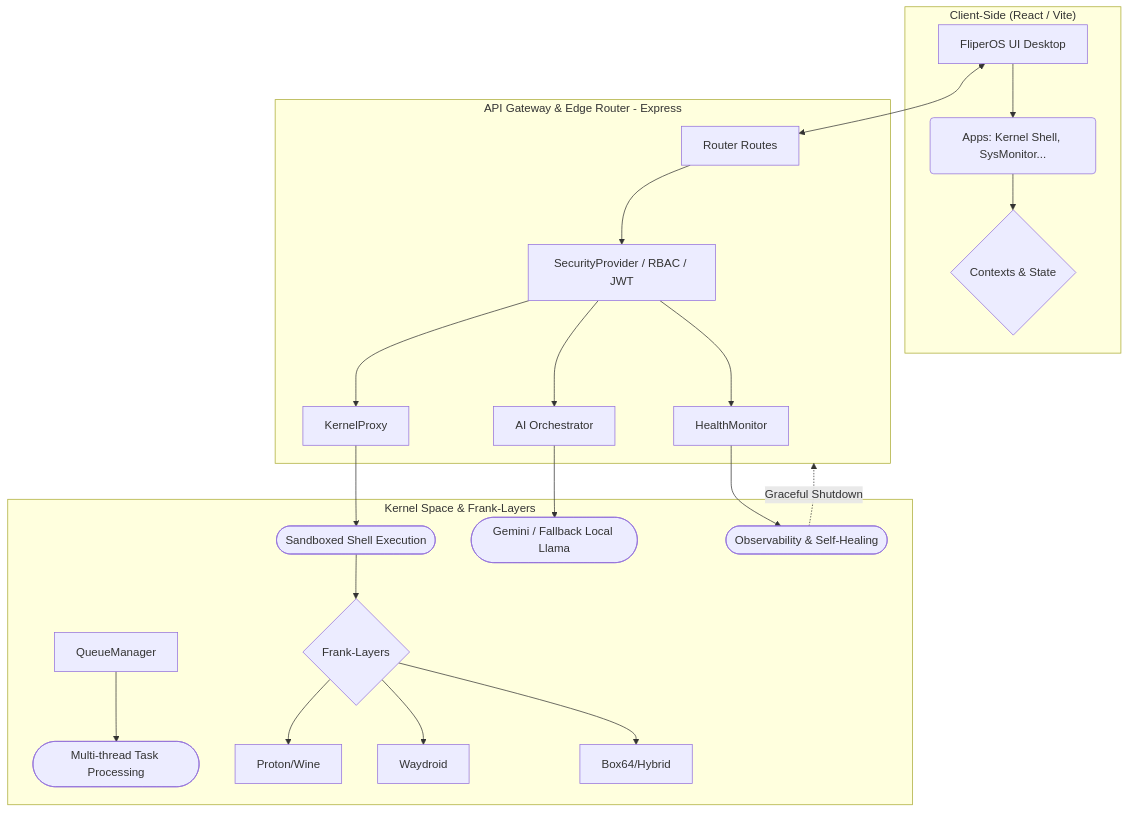
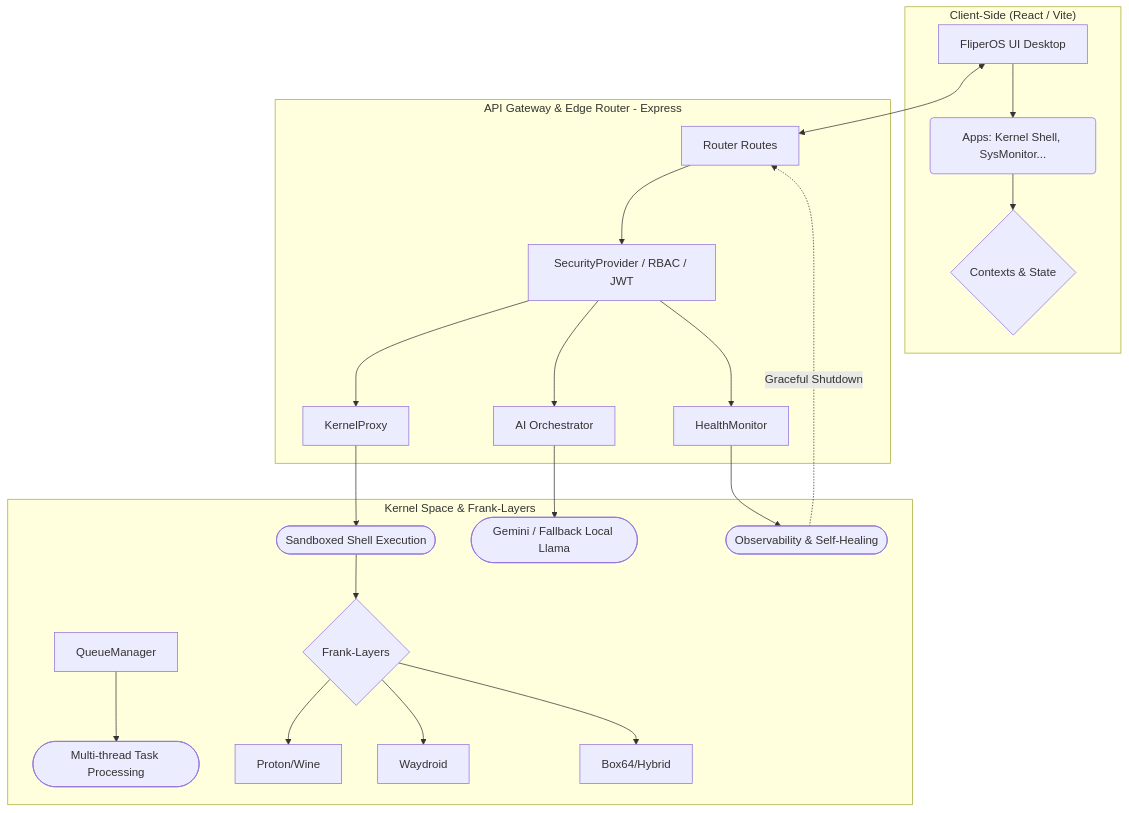
The diagram in README.md (wadbar/Fliper), drawn with Mermaid before and after one commit. The commit also changed 3 other files, not shown here.

````diff
--- a/README.md
+++ b/README.md
@@ -18,28 +18,28 @@
 ```mermaid
 graph TD
     subgraph UI ["Client-Side (React / Vite)"]
         A[FliperOS UI Desktop] --> B(Apps: Kernel Shell, SysMonitor...)
         B --> C{Contexts & State}
     end
 
     subgraph API ["API Gateway & Edge Router - Express"]
         D[Router Routes] --> E[SecurityProvider / RBAC / JWT]
         E --> F[KernelProxy]
         E --> G[HealthMonitor]
         E --> H[AI Orchestrator]
     end
 
     subgraph Core ["Kernel Space & Frank-Layers"]
         F --> I([Sandboxed Shell Execution])
         H --> J([Gemini / Fallback Local Llama])
         G --> K([Observability & Self-Healing])
         L[QueueManager] --> M([Multi-thread Task Processing])
         I --> P{Frank-Layers}
         P --> P1[Proton/Wine]
         P --> P2[Waydroid]
         P --> P3[Box64/Hybrid]
     end
 
     A <--> D
-    K -.->|Graceful Shutdown| API
+    K -.->|Graceful Shutdown| D
 ```
````
